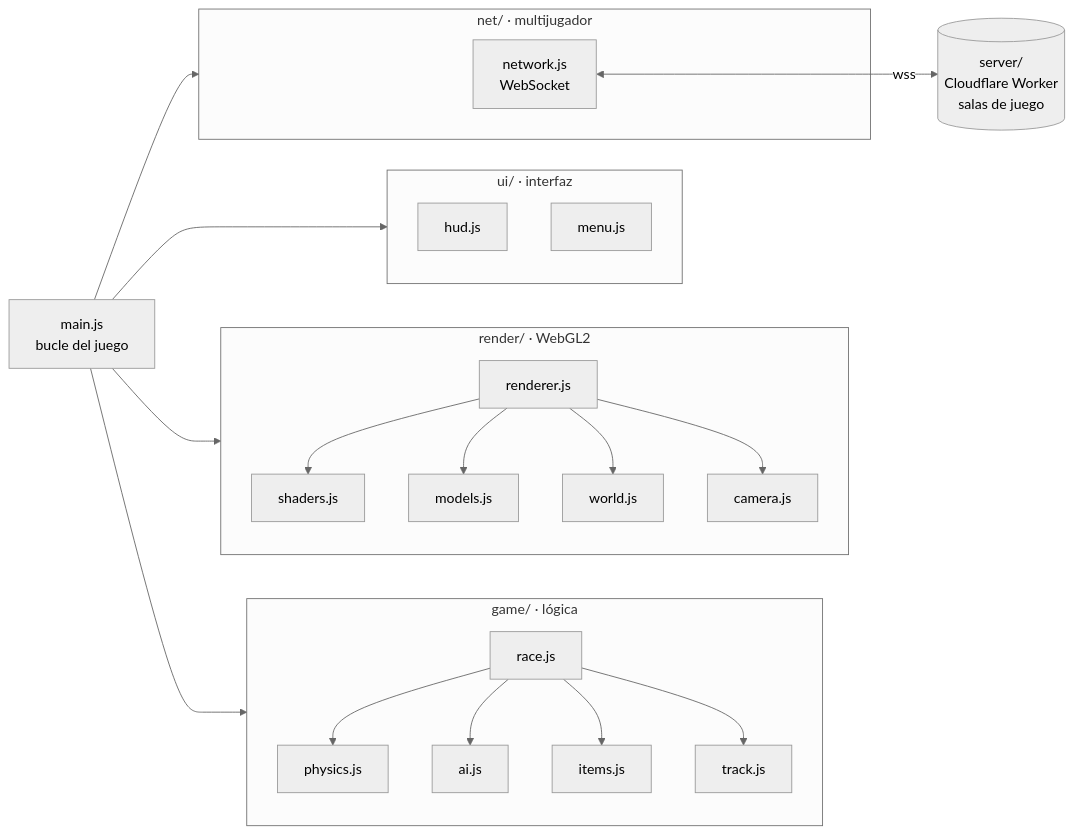
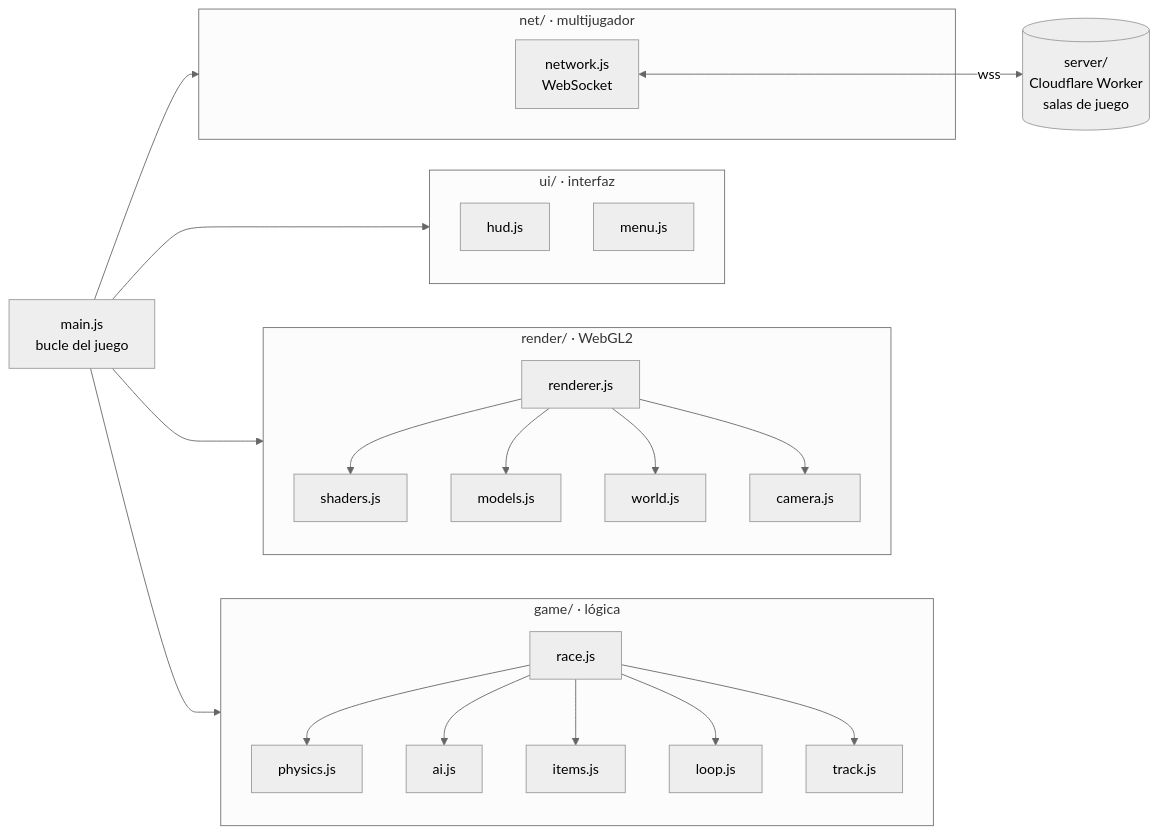
Before and after one commit to Rickyrdguez/Lambo-kart: the diagram in README.md, drawn with Mermaid (neutral theme). The commit also changed other lines of this file and 15 other files, not shown here.

````diff
--- a/README.md
+++ b/README.md
@@ -95,32 +96,33 @@
 ```mermaid
 flowchart LR
     main[main.js<br/>bucle del juego] --> game
     main --> render
     main --> ui
     main --> net
 
     subgraph game [game/ · lógica]
         race[race.js] --> physics[physics.js]
         race --> ai[ai.js]
         race --> items[items.js]
+        race --> loop[loop.js]
         race --> track[track.js]
     end
 
     subgraph render [render/ · WebGL2]
         renderer[renderer.js] --> shaders[shaders.js]
         renderer --> models[models.js]
         renderer --> world[world.js]
         renderer --> camera[camera.js]
     end
 
     subgraph ui [ui/ · interfaz]
         hud[hud.js]
         menu[menu.js]
     end
 
     subgraph net [net/ · multijugador]
         network[network.js<br/>WebSocket]
     end
 
     network <-- wss --> relay[(server/<br/>Cloudflare Worker<br/>salas de juego)]
 ```
````
